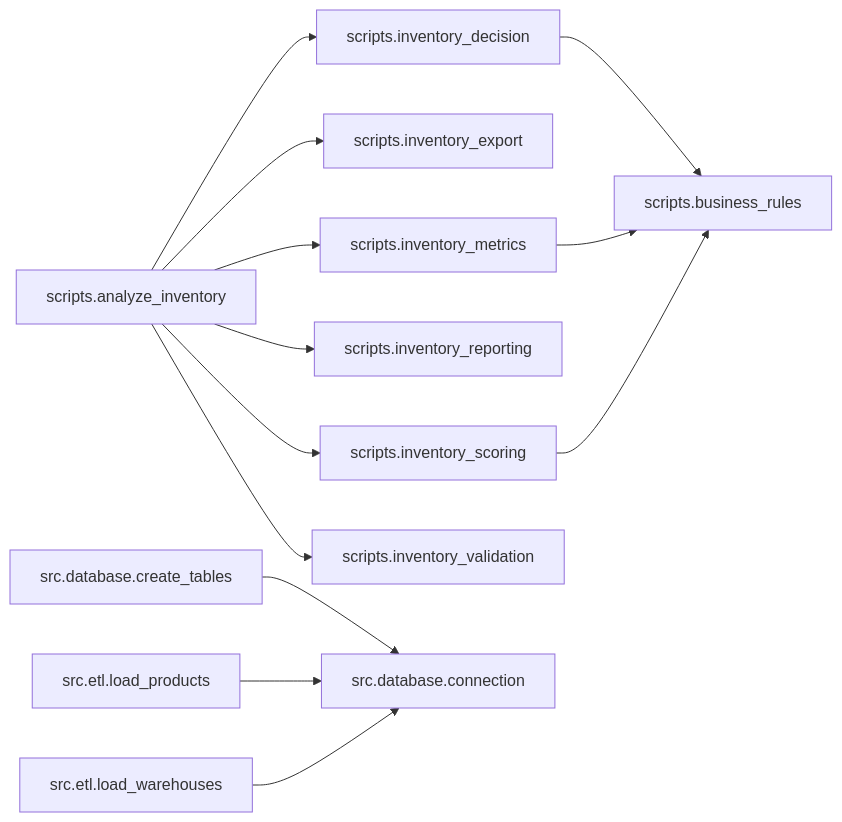
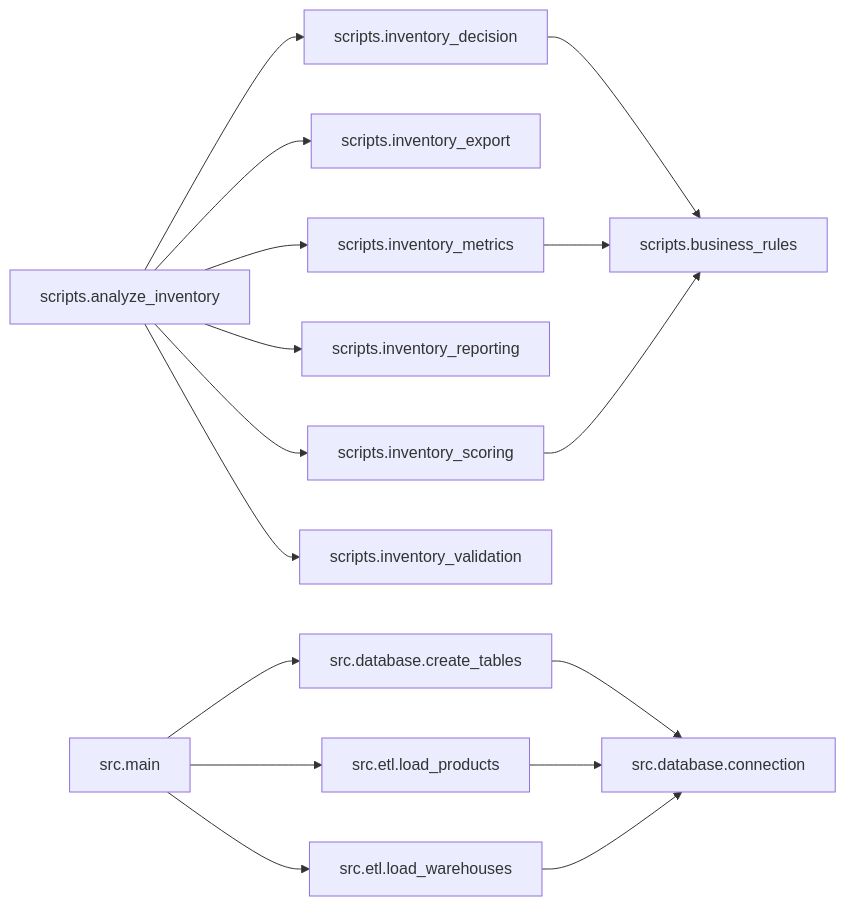
The diagram in docs/project_audit/PROJECT_AUDIT.md (RodsSoares/ai-supply-chain-copilot), drawn with Mermaid before and after one commit. The commit also changed other lines of this file and 3 other files, not shown here.

````diff
--- a/docs/project_audit/PROJECT_AUDIT.md
+++ b/docs/project_audit/PROJECT_AUDIT.md
@@ -298,15 +312,18 @@
 ```mermaid
 flowchart LR
     scripts_analyze_inventory["scripts.analyze_inventory"] --> scripts_inventory_decision["scripts.inventory_decision"]
     scripts_analyze_inventory["scripts.analyze_inventory"] --> scripts_inventory_export["scripts.inventory_export"]
     scripts_analyze_inventory["scripts.analyze_inventory"] --> scripts_inventory_metrics["scripts.inventory_metrics"]
     scripts_analyze_inventory["scripts.analyze_inventory"] --> scripts_inventory_reporting["scripts.inventory_reporting"]
     scripts_analyze_inventory["scripts.analyze_inventory"] --> scripts_inventory_scoring["scripts.inventory_scoring"]
     scripts_analyze_inventory["scripts.analyze_inventory"] --> scripts_inventory_validation["scripts.inventory_validation"]
     scripts_inventory_decision["scripts.inventory_decision"] --> scripts_business_rules["scripts.business_rules"]
     scripts_inventory_metrics["scripts.inventory_metrics"] --> scripts_business_rules["scripts.business_rules"]
     scripts_inventory_scoring["scripts.inventory_scoring"] --> scripts_business_rules["scripts.business_rules"]
     src_database_create_tables["src.database.create_tables"] --> src_database_connection["src.database.connection"]
     src_etl_load_products["src.etl.load_products"] --> src_database_connection["src.database.connection"]
     src_etl_load_warehouses["src.etl.load_warehouses"] --> src_database_connection["src.database.connection"]
+    src_main["src.main"] --> src_database_create_tables["src.database.create_tables"]
+    src_main["src.main"] --> src_etl_load_products["src.etl.load_products"]
+    src_main["src.main"] --> src_etl_load_warehouses["src.etl.load_warehouses"]
 ```
````
